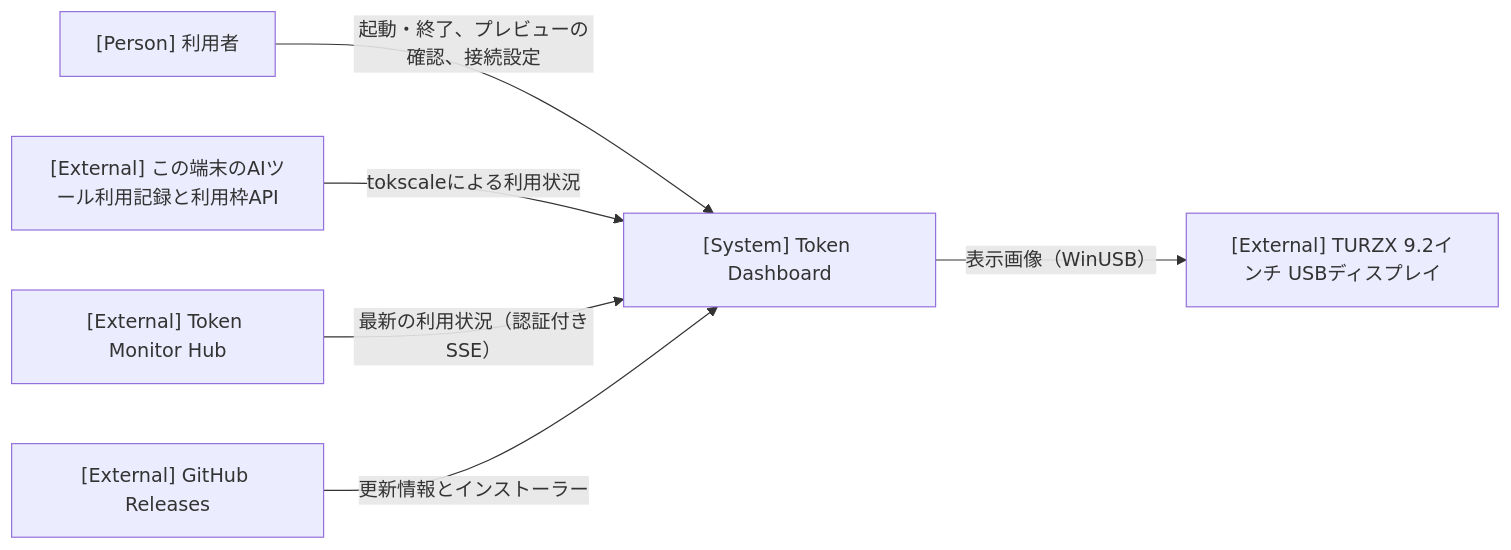
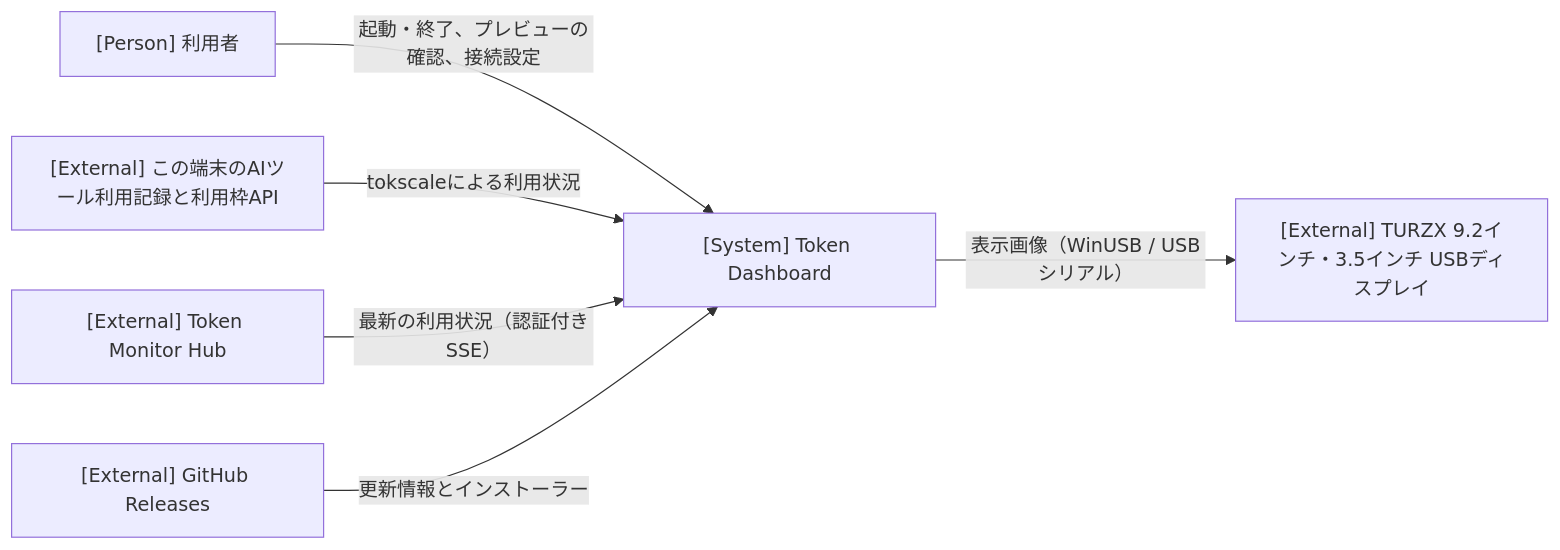
One commit to nuitsjp/token-dashboard changed the diagram in docs/architecture.md. Above: the diagram before and after it, drawn with Mermaid. The commit also changed other lines of this file and 41 other files, not shown here.

````diff
--- a/docs/architecture.md
+++ b/docs/architecture.md
@@ -7,14 +7,14 @@
 ```mermaid
 flowchart LR
   user["[Person] 利用者"]
   system["[System] Token Dashboard"]
   local["[External] この端末のAIツール利用記録と利用枠API"]
   hub["[External] Token Monitor Hub"]
-  turzx["[External] TURZX 9.2インチ USBディスプレイ"]
+  turzx["[External] TURZX 9.2インチ・3.5インチ USBディスプレイ"]
   releases["[External] GitHub Releases"]
   user -->|"起動・終了、プレビューの確認、接続設定"| system
   local -->|"tokscaleによる利用状況"| system
   hub -->|"最新の利用状況（認証付きSSE）"| system
-  system -->|"表示画像（WinUSB）"| turzx
+  system -->|"表示画像（WinUSB / USBシリアル）"| turzx
   releases -->|"更新情報とインストーラー"| system
 ```
````
